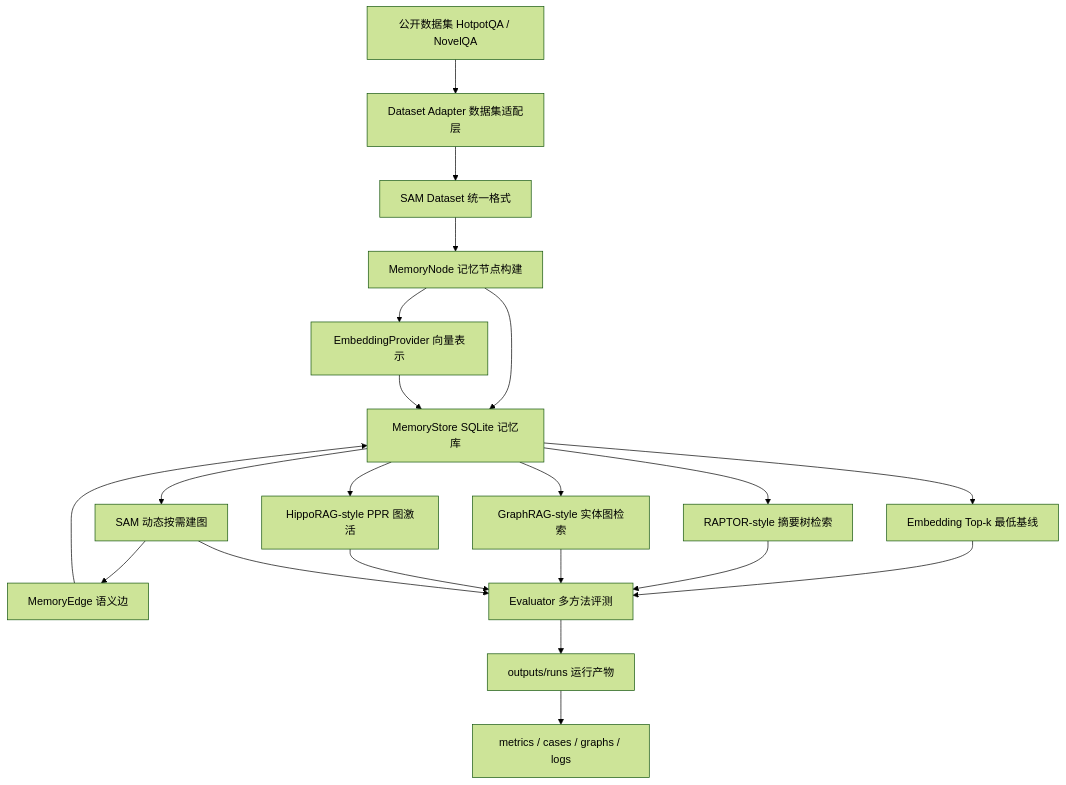
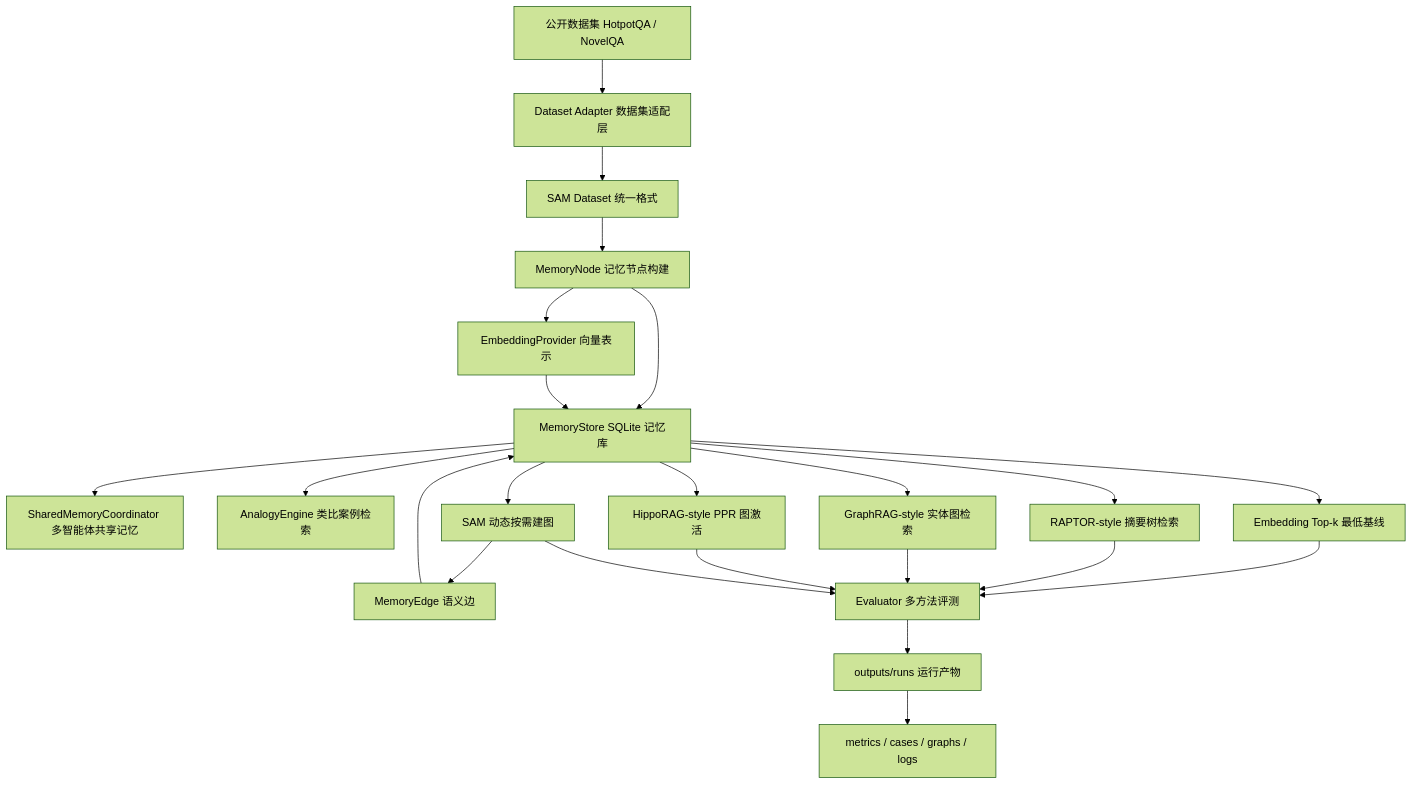
Before and after one commit to zhenyu228/semantic-associative-memory: the diagram in README.md, drawn with Mermaid (forest theme). The commit also changed other lines of this file and 6 other files, not shown here.

Commit message:
feat: add analogy and shared memory modules

````diff
--- a/README.md
+++ b/README.md
@@ -33,23 +35,25 @@
 ```mermaid
 flowchart TD
     A["公开数据集 HotpotQA / NovelQA"] --> B["Dataset Adapter 数据集适配层"]
     B --> C["SAM Dataset 统一格式"]
     C --> D["MemoryNode 记忆节点构建"]
     D --> E["EmbeddingProvider 向量表示"]
     D --> F["MemoryStore SQLite 记忆库"]
     E --> F
+    F --> P["SharedMemoryCoordinator 多智能体共享记忆"]
+    F --> Q["AnalogyEngine 类比案例检索"]
     F --> G["Embedding Top-k 最低基线"]
     F --> H["RAPTOR-style 摘要树检索"]
     F --> I["GraphRAG-style 实体图检索"]
     F --> J["HippoRAG-style PPR 图激活"]
     F --> K["SAM 动态按需建图"]
     K --> L["MemoryEdge 语义边"]
     L --> F
     G --> M["Evaluator 多方法评测"]
     H --> M
     I --> M
     J --> M
     K --> M
     M --> N["outputs/runs 运行产物"]
     N --> O["metrics / cases / graphs / logs"]
 ```
````
